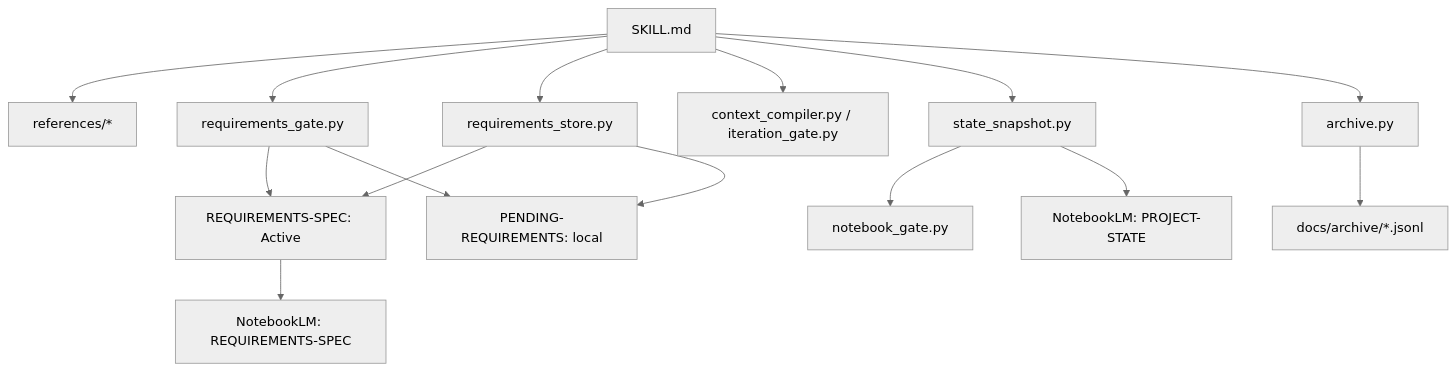
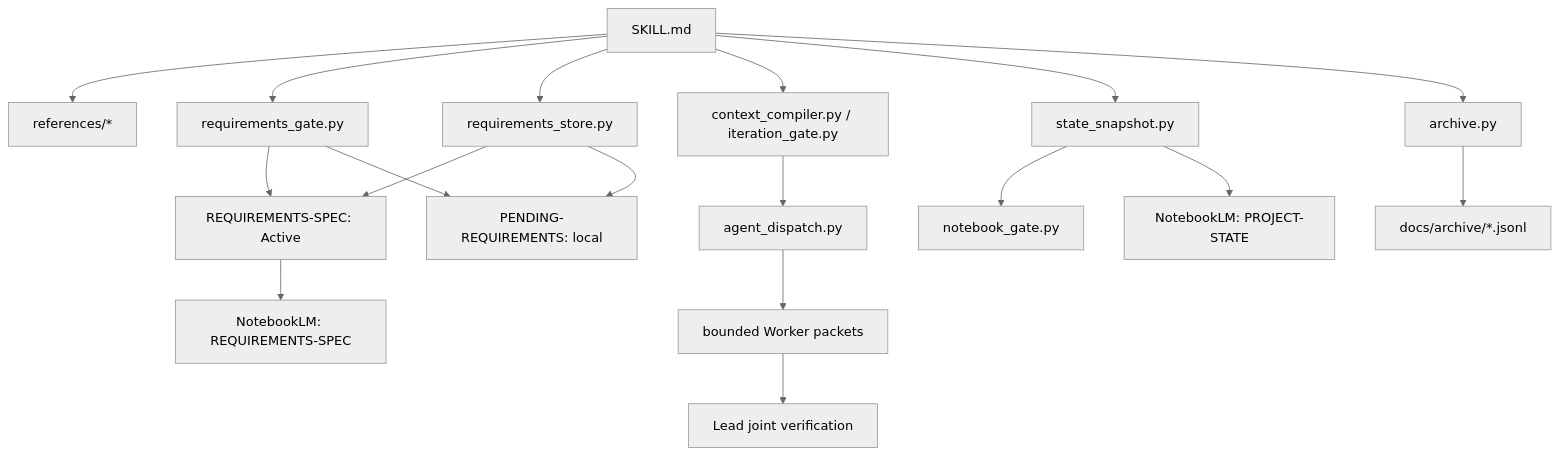
One commit to MySetsuna/notebooklm-iteration-loop changed the diagram in docs/PROJECT-STATE.md. Above: the diagram before and after it, drawn with Mermaid (neutral theme). The commit also changed other lines of this file and 15 other files, not shown here.

Commit message:
feat: add bounded multi-agent orchestration

````diff
--- a/docs/PROJECT-STATE.md
+++ b/docs/PROJECT-STATE.md
@@ -43,17 +46,20 @@
 ```mermaid
 graph TD
   Skill["SKILL.md"] --> Governance["references/*"]
   Skill --> Gate["requirements_gate.py"]
   Skill --> ReqStore["requirements_store.py"]
   Skill --> Context["context_compiler.py / iteration_gate.py"]
+  Context --> Dispatch["agent_dispatch.py"]
+  Dispatch --> Worker["bounded Worker packets"]
+  Worker --> LeadVerify["Lead joint verification"]
   Skill --> Snapshot["state_snapshot.py"]
   Snapshot --> ColdGate["notebook_gate.py"]
   Skill --> Archive["archive.py"]
   Gate --> Requirements["REQUIREMENTS-SPEC: Active"]
   Gate --> Pending["PENDING-REQUIREMENTS: local"]
   ReqStore --> Requirements
   ReqStore --> Pending
   Archive --> History["docs/archive/*.jsonl"]
   Requirements --> NLMReq["NotebookLM: REQUIREMENTS-SPEC"]
   Snapshot --> NLMState["NotebookLM: PROJECT-STATE"]
 ```
````
